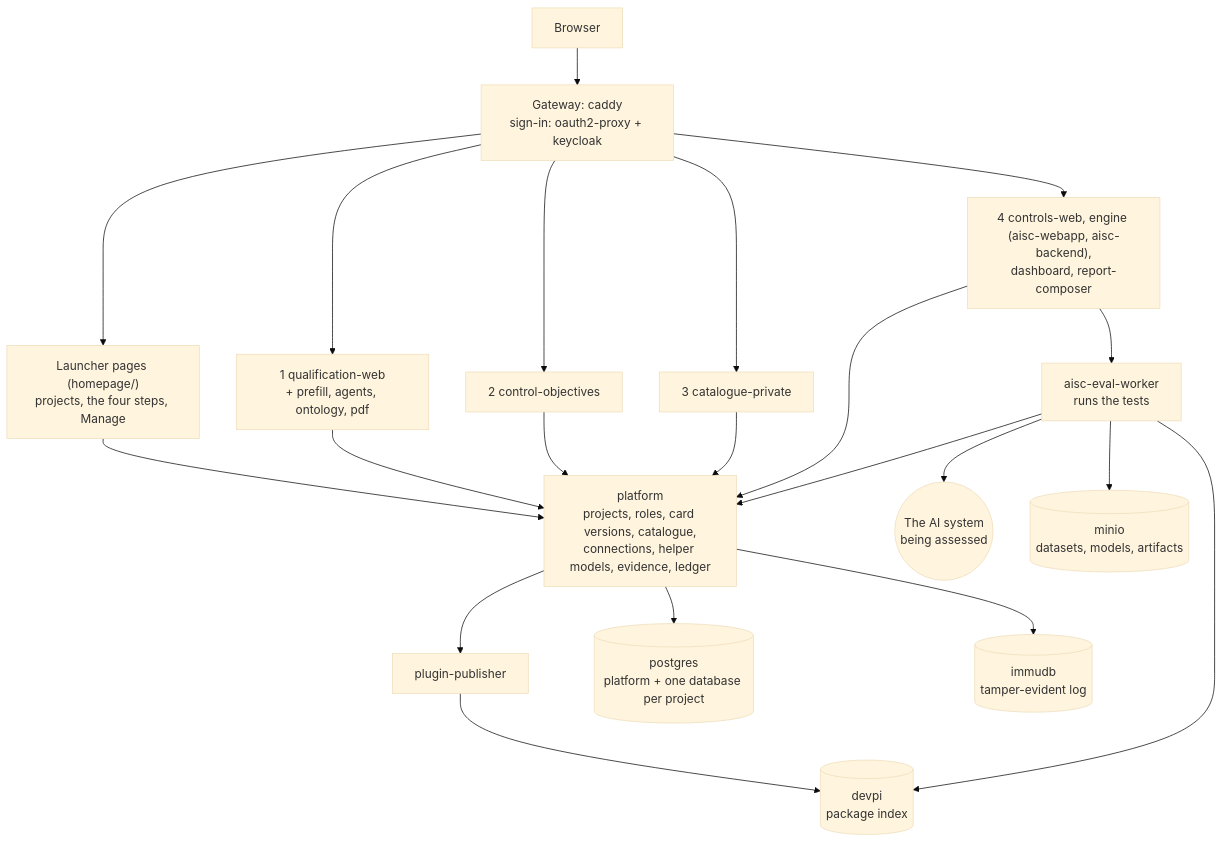
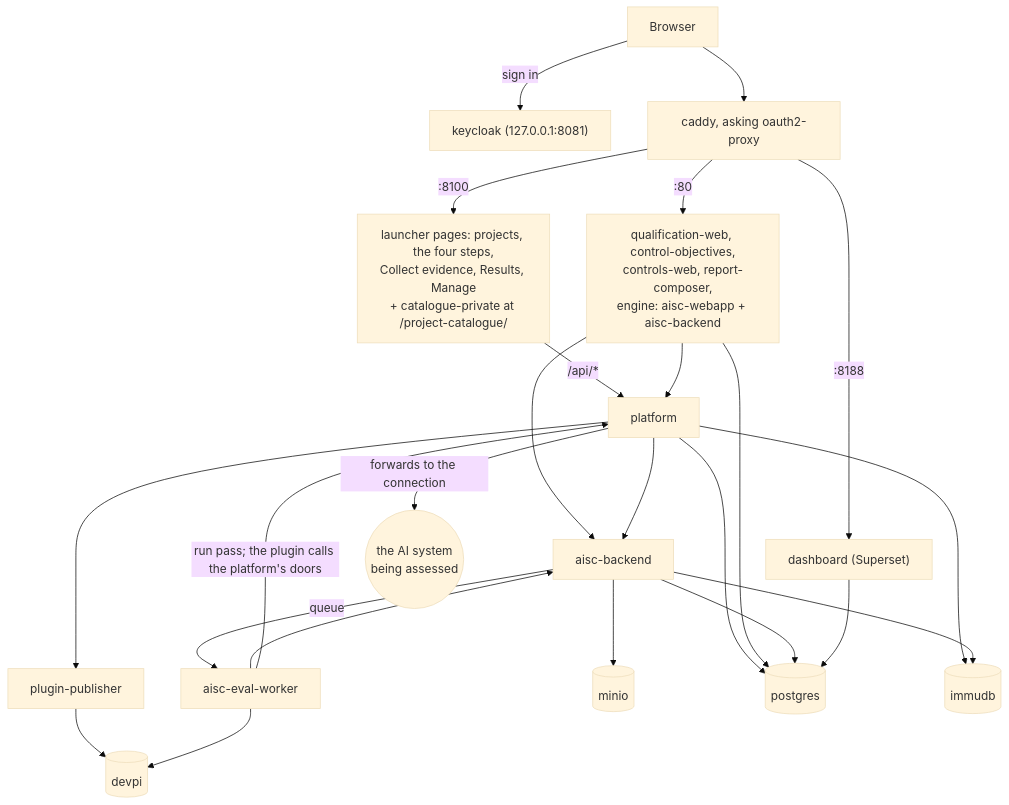
One commit to lux-ai-factory/aisc changed the diagram in docs/architecture.md. Above: the diagram before and after it, drawn with Mermaid (base theme). The commit also changed other lines of this file and 5 other files, not shown here.

Commit message:
Correct the architecture and step appendices against the code: data flows, gateway ports, who checks what, priority objectives, evidence-link rules, install and run behaviour

````diff
--- a/docs/architecture.md
+++ b/docs/architecture.md
@@ -40,18 +41,21 @@
 ```mermaid
 flowchart TB
-    B[Browser] --> GW["Gateway: caddy<br/>sign-in: oauth2-proxy + keycloak"]
-    GW --> L["Launcher pages (homepage/)<br/>projects, the four steps, Manage"]
-    GW --> S1["1 qualification-web<br/>+ prefill, agents, ontology, pdf"]
-    GW --> S2["2 control-objectives"]
-    GW --> S3["3 catalogue-private"]
-    GW --> S4["4 controls-web, engine (aisc-webapp, aisc-backend),<br/>dashboard, report-composer"]
-    L & S1 & S2 & S3 & S4 --> P["platform<br/>projects, roles, card versions, catalogue,<br/>connections, helper models, evidence, ledger"]
-    S4 --> W["aisc-eval-worker<br/>runs the tests"]
-    W --> P
-    P --> PUB["plugin-publisher"] --> IDX[("devpi<br/>package index")]
+    B[Browser] -->|sign in| KC["keycloak (127.0.0.1:8081)"]
+    B --> GW["caddy, asking oauth2-proxy"]
+    GW -->|":8100"| L["launcher pages: projects, the four steps,<br/>Collect evidence, Results, Manage<br/>+ catalogue-private at /project-catalogue/"]
+    GW -->|":80"| APPS["qualification-web, control-objectives,<br/>controls-web, report-composer,<br/>engine: aisc-webapp + aisc-backend"]
+    GW -->|":8188"| DASH["dashboard (Superset)"]
+    L -->|"/api/*"| P["platform"]
+    APPS --> P
+    APPS --> BE["aisc-backend"]
+    P --> PUB["plugin-publisher"] --> IDX[("devpi")]
+    P --> BE
+    BE -->|queue| W["aisc-eval-worker"]
+    W --> BE
     W --> IDX
-    W --> SYS(("The AI system<br/>being assessed"))
-    P --> DB[("postgres<br/>platform + one database per project")]
-    P --> IM[("immudb<br/>tamper-evident log")]
-    W --> M[("minio<br/>datasets, models, artifacts")]
+    W -->|"run pass; the plugin calls the platform's doors"| P
+    P -->|"forwards to the connection"| SYS(("the AI system<br/>being assessed"))
+    BE --> M[("minio")]
+    P & APPS & BE & DASH --> DB[("postgres")]
+    P & BE --> IM[("immudb")]
 ```
````
